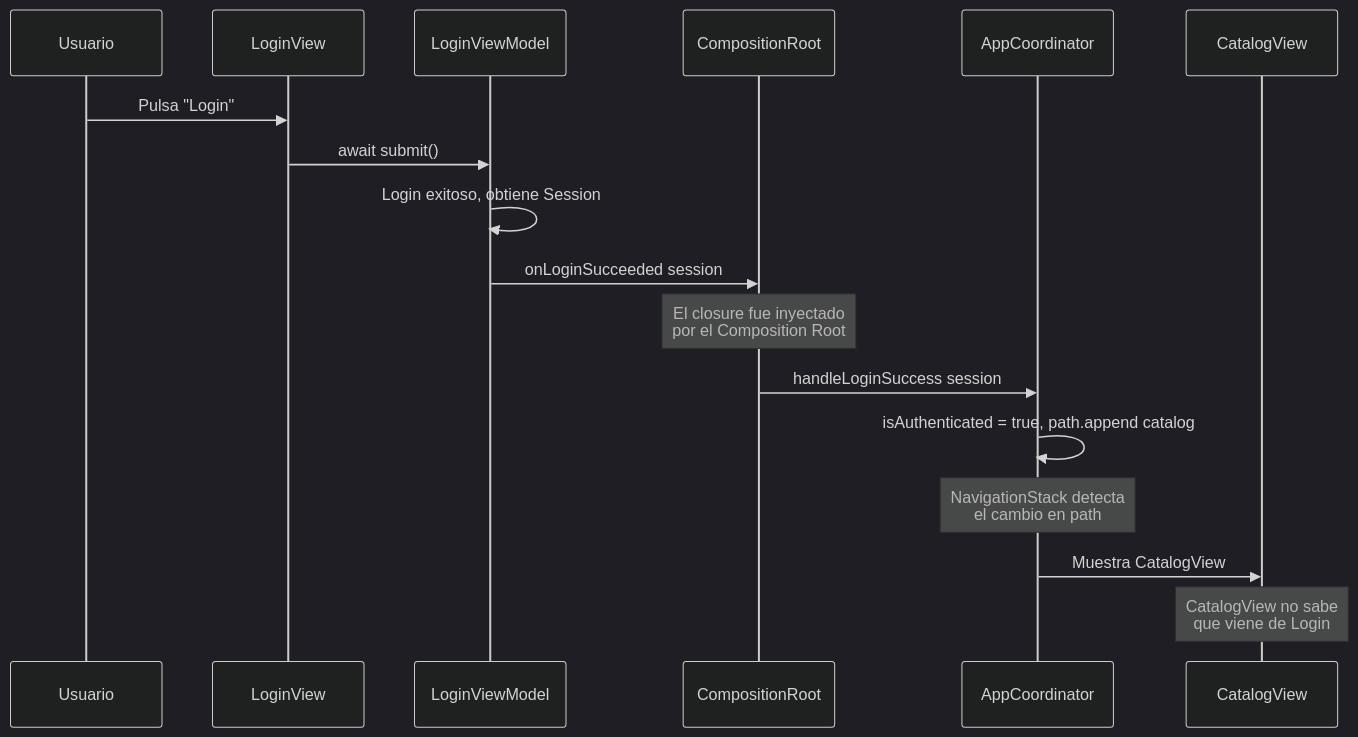
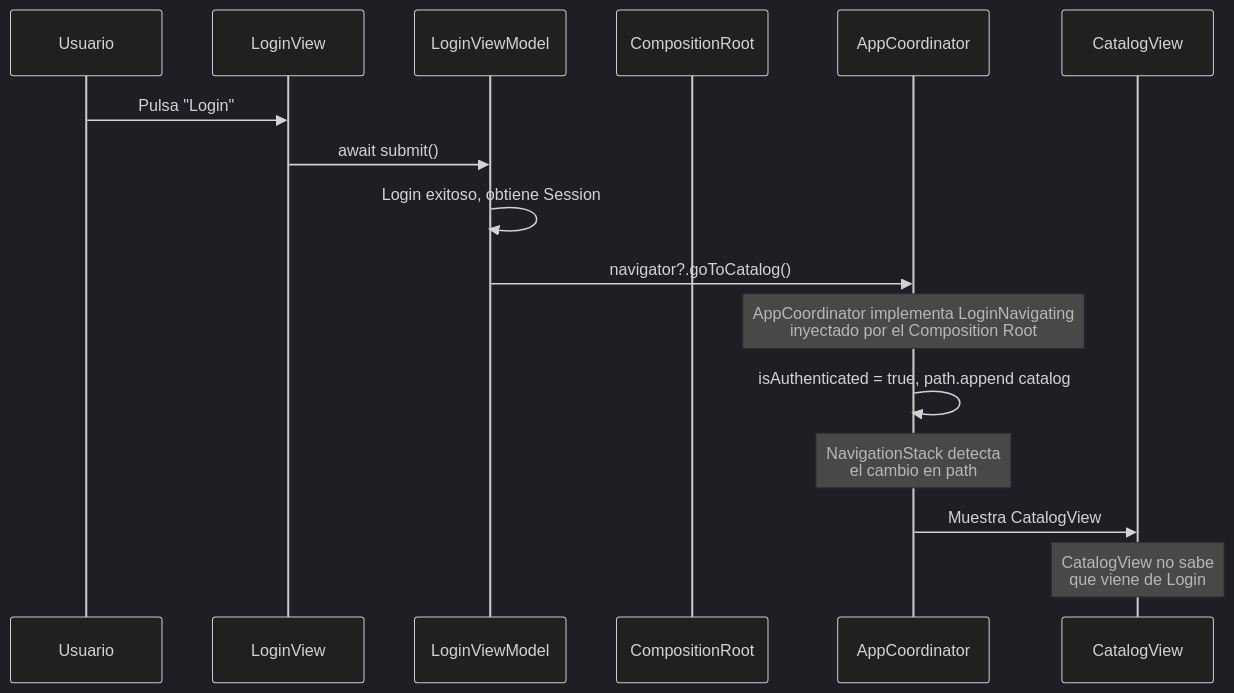
Before and after one commit to SwiftEnProfundidad/stack-my-architecture-ios: the second of 2 diagrams in 02-integracion/02-navegacion-eventos.md, drawn with Mermaid (dark theme). The commit also changed other lines of this file and 50 other files, not shown here.

````diff
--- a/02-integracion/02-navegacion-eventos.md
+++ b/02-integracion/02-navegacion-eventos.md
@@ -46,20 +46,19 @@
 ```mermaid
 sequenceDiagram
     participant User as Usuario
     participant LV as LoginView
     participant VM as LoginViewModel
     participant CR as CompositionRoot
     participant COORD as AppCoordinator
     participant CV as CatalogView
 
     User->>LV: Pulsa "Login"
     LV->>VM: await submit()
     VM->>VM: Login exitoso, obtiene Session
-    VM->>CR: onLoginSucceeded session
-    Note over CR: El closure fue inyectado<br/>por el Composition Root
-    CR->>COORD: handleLoginSuccess session
+    VM->>COORD: navigator?.goToCatalog()
+    Note over COORD: AppCoordinator implementa LoginNavigating<br/>inyectado por el Composition Root
     COORD->>COORD: isAuthenticated = true, path.append catalog
     Note over COORD: NavigationStack detecta<br/>el cambio en path
     COORD->>CV: Muestra CatalogView
     Note over CV: CatalogView no sabe<br/>que viene de Login
 ```
````
